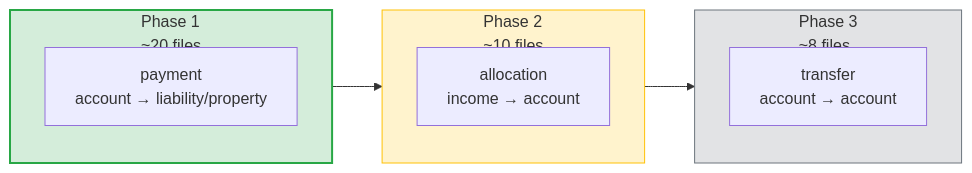
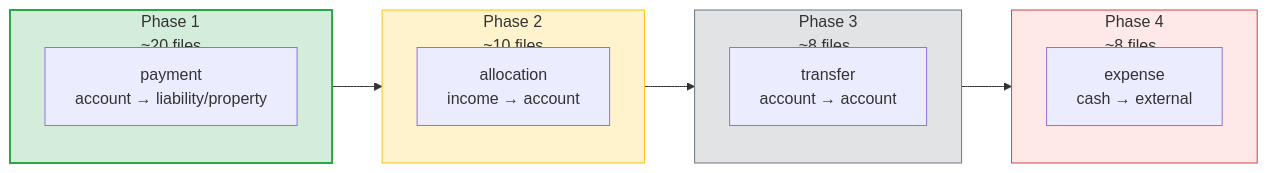
Before and after one commit to jcleow/wealthproject: the fourth of 11 diagrams in specs/fund-flow-rules.md, drawn with Mermaid. The commit also changed other lines of this file and 3 other files, not shown here.

First line of the commit message:
feat(fund-flow-rules): add Phase 4 expense rules spec and comprehensive tests

````diff
--- a/specs/fund-flow-rules.md
+++ b/specs/fund-flow-rules.md
@@ -121,20 +124,25 @@
 ```mermaid
 flowchart LR
     subgraph Phase1["Phase 1<br/>~20 files"]
         Payment["payment<br/>account → liability/property"]
     end
 
     subgraph Phase2["Phase 2<br/>~10 files"]
         Allocation["allocation<br/>income → account"]
     end
 
     subgraph Phase3["Phase 3<br/>~8 files"]
         Transfer["transfer<br/>account → account"]
     end
 
-    Phase1 --> Phase2 --> Phase3
+    subgraph Phase4["Phase 4<br/>~8 files"]
+        Expense["expense<br/>cash → external"]
+    end
+
+    Phase1 --> Phase2 --> Phase3 --> Phase4
 
     style Phase1 fill:#d4edda,stroke:#28a745,stroke-width:2px
     style Phase2 fill:#fff3cd,stroke:#ffc107
     style Phase3 fill:#e2e3e5,stroke:#6c757d
+    style Phase4 fill:#ffe8e8,stroke:#c44
 ```
````
